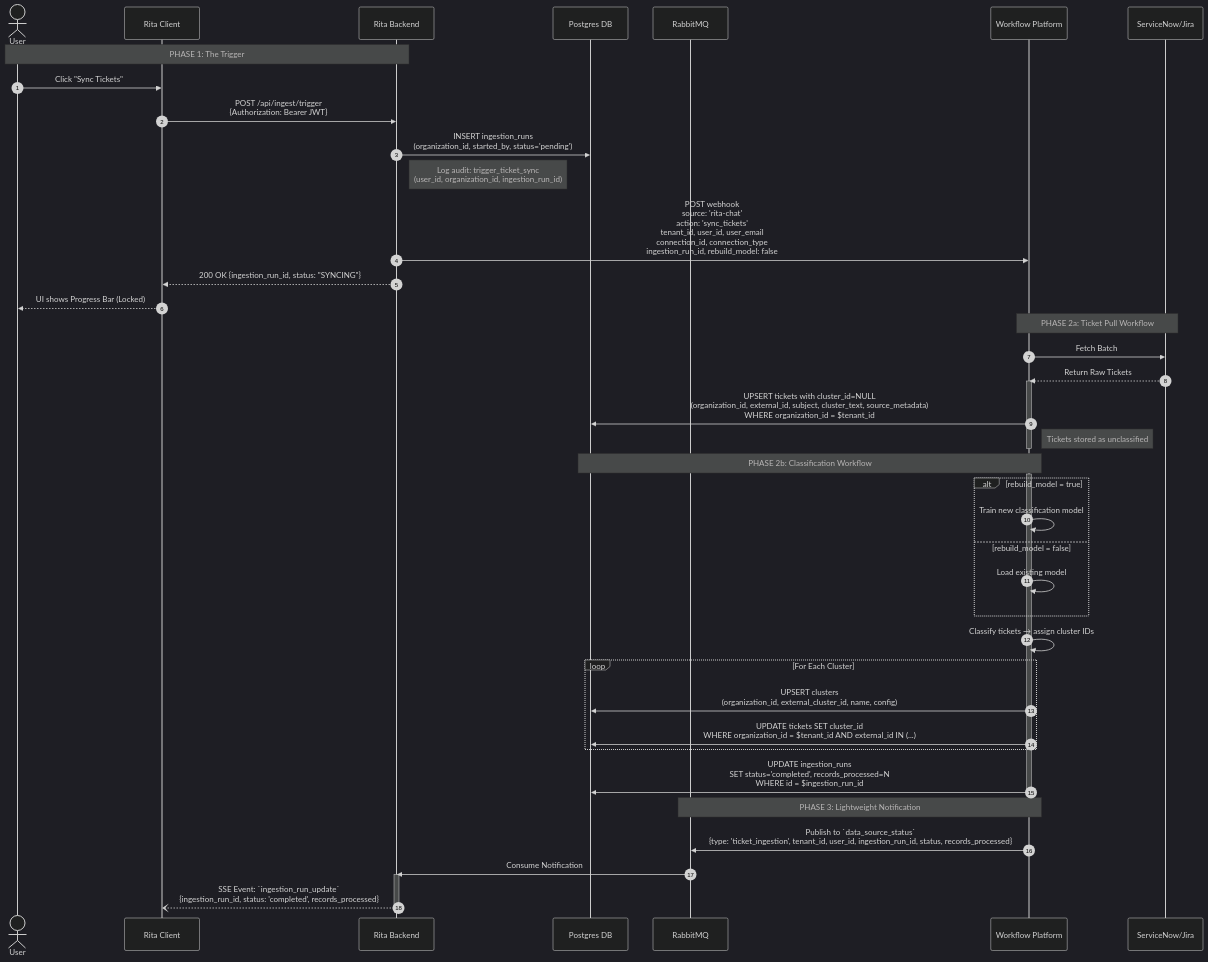
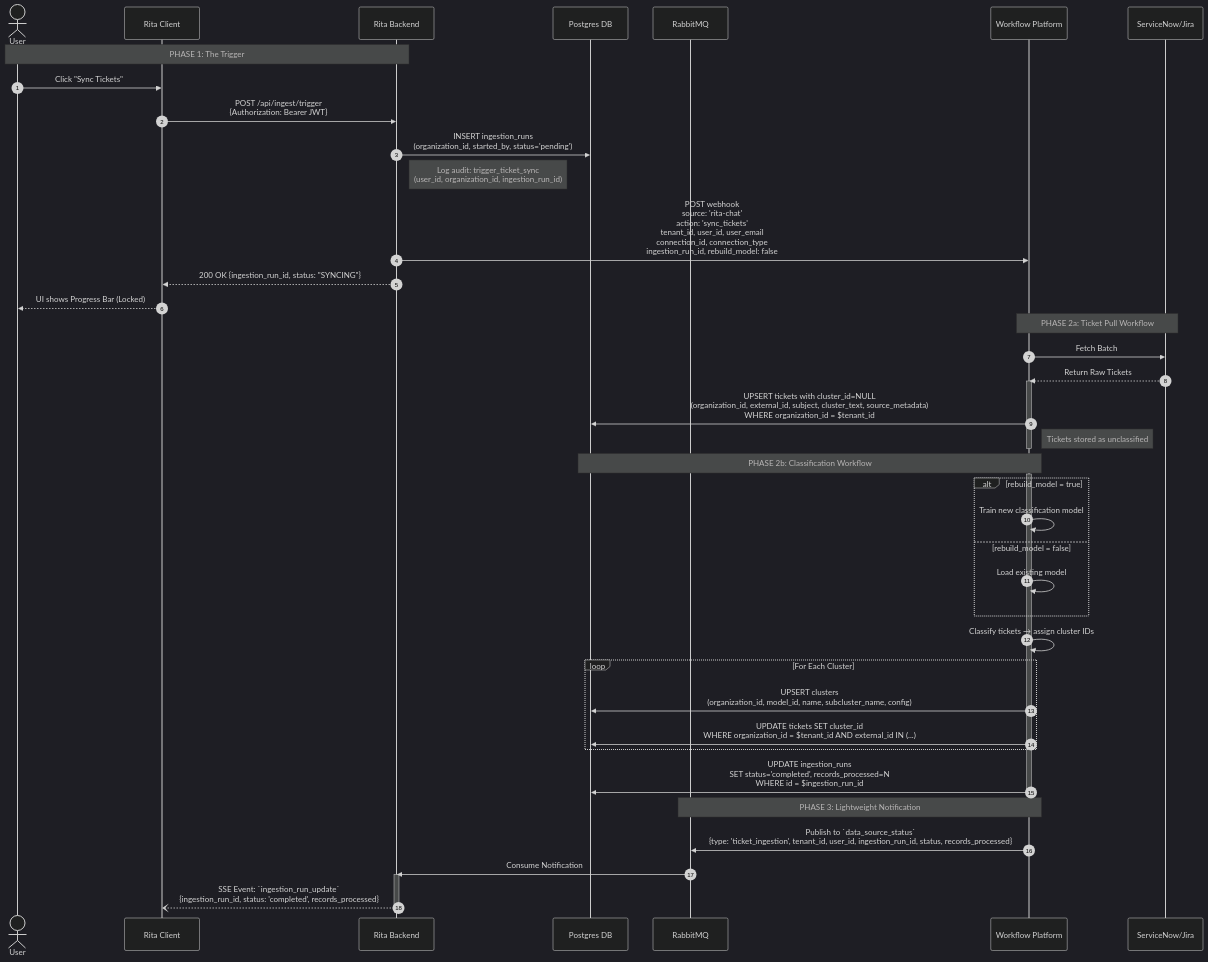
One commit to ewilhelmy-resolve/resolve-prototypes changed the first of 3 diagrams in docs/feat-autopilot-ticket-cluster/technical-design-autopilot-tickets.md. Above: the diagram before and after it, drawn with Mermaid (dark theme). The commit also changed other lines of this file and 4 other files, not shown here.

First line of the commit message:
feat: remove external_cluster_id, add active model flag

````diff
--- a/docs/feat-autopilot-ticket-cluster/technical-design-autopilot-tickets.md
+++ b/docs/feat-autopilot-ticket-cluster/technical-design-autopilot-tickets.md
@@ -46,56 +46,56 @@
 ```mermaid
 sequenceDiagram
     autonumber
     actor User
     participant RC as Rita Client
     participant RB as Rita Backend
     participant DB as Postgres DB
     participant MQ as RabbitMQ
     participant WP as Workflow Platform
     participant ITSM as ServiceNow/Jira
 
     Note over User, RB: PHASE 1: The Trigger
     User->>RC: Click "Sync Tickets"
     RC->>RB: POST /api/ingest/trigger<br/>{Authorization: Bearer JWT}
     RB->>DB: INSERT ingestion_runs<br/>(organization_id, started_by, status='pending')
     Note right of RB: Log audit: trigger_ticket_sync<br/>(user_id, organization_id, ingestion_run_id)
 
     RB->>WP: POST webhook<br/>source: 'rita-chat'<br/>action: 'sync_tickets'<br/>tenant_id, user_id, user_email<br/>connection_id, connection_type<br/>ingestion_run_id, rebuild_model: false
     RB-->>RC: 200 OK {ingestion_run_id, status: "SYNCING"}
     RC-->>User: UI shows Progress Bar (Locked)
 
     Note over WP, ITSM: PHASE 2a: Ticket Pull Workflow
     WP->>ITSM: Fetch Batch 
     ITSM-->>WP: Return Raw Tickets
 
     activate WP
     WP->>DB: UPSERT tickets with cluster_id=NULL<br/>(organization_id, external_id, subject, cluster_text, source_metadata)<br/>WHERE organization_id = $tenant_id
     Note right of WP: Tickets stored as unclassified
     deactivate WP
 
     Note over WP, DB: PHASE 2b: Classification Workflow
     activate WP
     alt rebuild_model = true
         WP->>WP: Train new classification model
     else rebuild_model = false
         WP->>WP: Load existing model
     end
     WP->>WP: Classify tickets → assign cluster IDs
 
     loop For Each Cluster
-        WP->>DB: UPSERT clusters<br/>(organization_id, external_cluster_id, name, config)
+        WP->>DB: UPSERT clusters<br/>(organization_id, model_id, name, subcluster_name, config)
         WP->>DB: UPDATE tickets SET cluster_id<br/>WHERE organization_id = $tenant_id AND external_id IN (...)
     end
 
     WP->>DB: UPDATE ingestion_runs<br/>SET status='completed', records_processed=N<br/>WHERE id = $ingestion_run_id
     deactivate WP
 
     Note over WP, MQ: PHASE 3: Lightweight Notification
     WP->>MQ: Publish to `data_source_status`<br/>{type: 'ticket_ingestion', tenant_id, user_id, ingestion_run_id, status, records_processed}
 
     MQ->>RB: Consume Notification
     activate RB
     RB--)RC: SSE Event: `ingestion_run_update`<br/>{ingestion_run_id, status: 'completed', records_processed}
     deactivate RB
 
 ```
````
